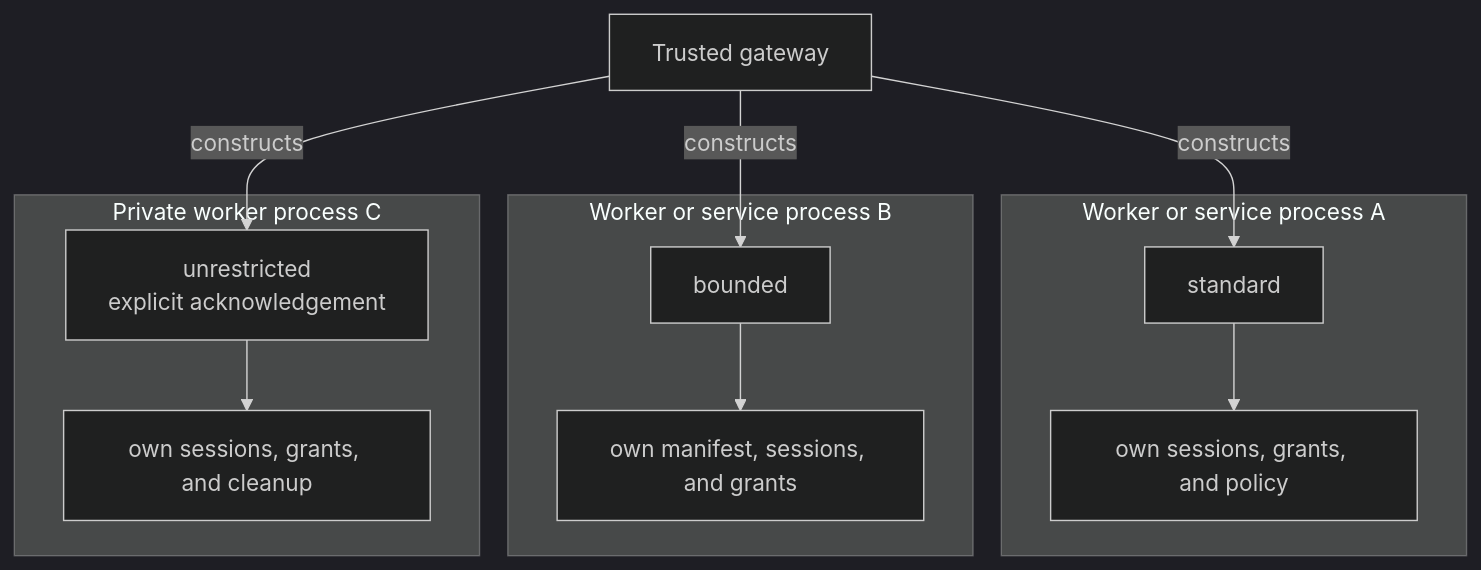
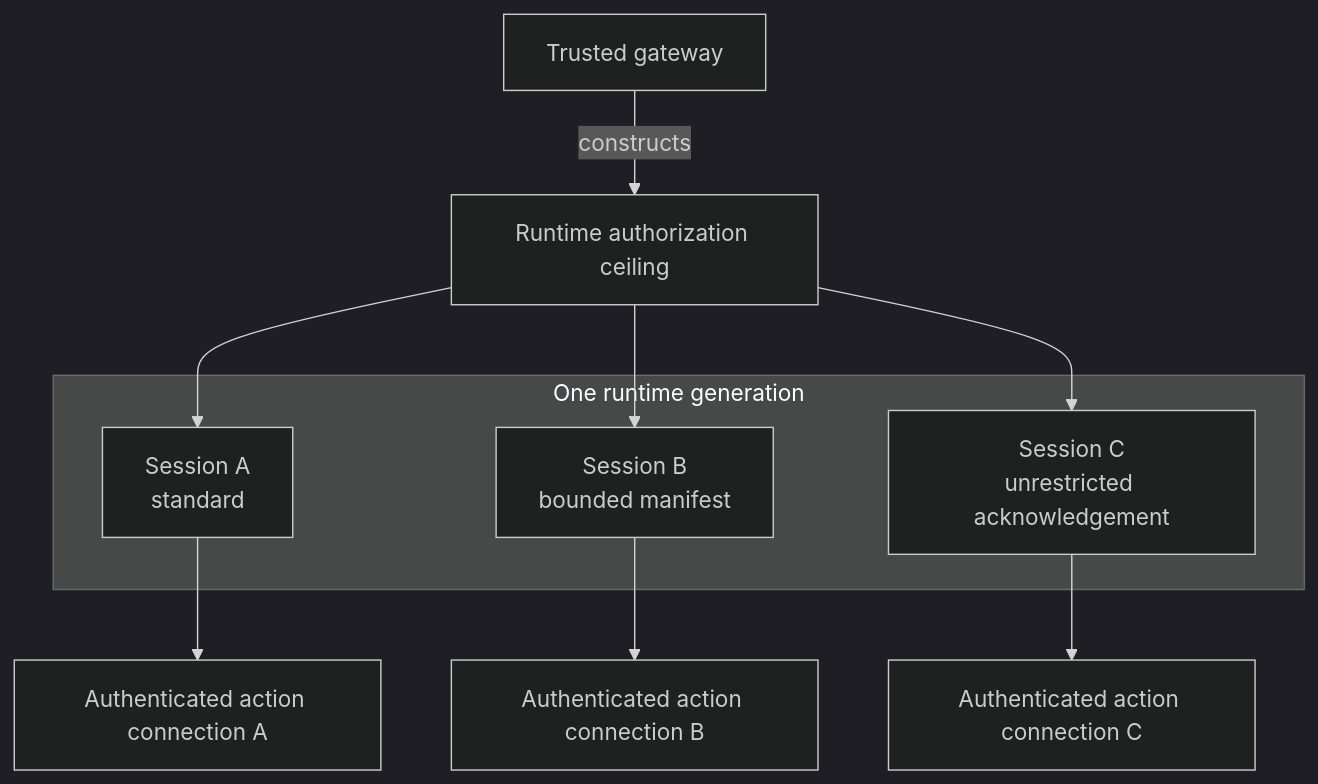
Before and after one commit to trycua/cua: the fifth of 8 diagrams in rfcs/2549-cua-driver-sdk-owned-runtime.md, drawn with Mermaid (dark theme). The commit also changed other lines of this file and 1 other file, not shown here.

Commit message:
docs: make permission modes portable session contexts

````diff
--- a/rfcs/2549-cua-driver-sdk-owned-runtime.md
+++ b/rfcs/2549-cua-driver-sdk-owned-runtime.md
@@ -470,26 +518,23 @@
 ```mermaid
 flowchart TB
     HOST["Trusted gateway"]
+    CEILING["Runtime authorization ceiling"]
 
-    subgraph StandardRuntime["Worker or service process A"]
-        STANDARD["standard"]
-        SA["own sessions, grants, and policy"]
-        STANDARD --> SA
+    subgraph Runtime["One runtime generation"]
+        STANDARD["Session A<br/>standard"]
+        BOUNDED["Session B<br/>bounded manifest"]
+        UNRESTRICTED["Session C<br/>unrestricted acknowledgement"]
     end
 
-    subgraph BoundedRuntime["Worker or service process B"]
-        BOUNDED["bounded"]
-        BA["own manifest, sessions, and grants"]
-        BOUNDED --> BA
-    end
+    CA["Authenticated action connection A"]
+    CB["Authenticated action connection B"]
+    CC["Authenticated action connection C"]
 
-    subgraph UnrestrictedRuntime["Private worker process C"]
-        UNRESTRICTED["unrestricted<br/>explicit acknowledgement"]
-        UA["own sessions, grants, and cleanup"]
-        UNRESTRICTED --> UA
-    end
-
-    HOST -->|"constructs"| STANDARD
-    HOST -->|"constructs"| BOUNDED
-    HOST -->|"constructs"| UNRESTRICTED
+    HOST -->|"constructs"| CEILING
+    CEILING --> STANDARD
+    CEILING --> BOUNDED
+    CEILING --> UNRESTRICTED
+    STANDARD --> CA
+    BOUNDED --> CB
+    UNRESTRICTED --> CC
 ```
````
